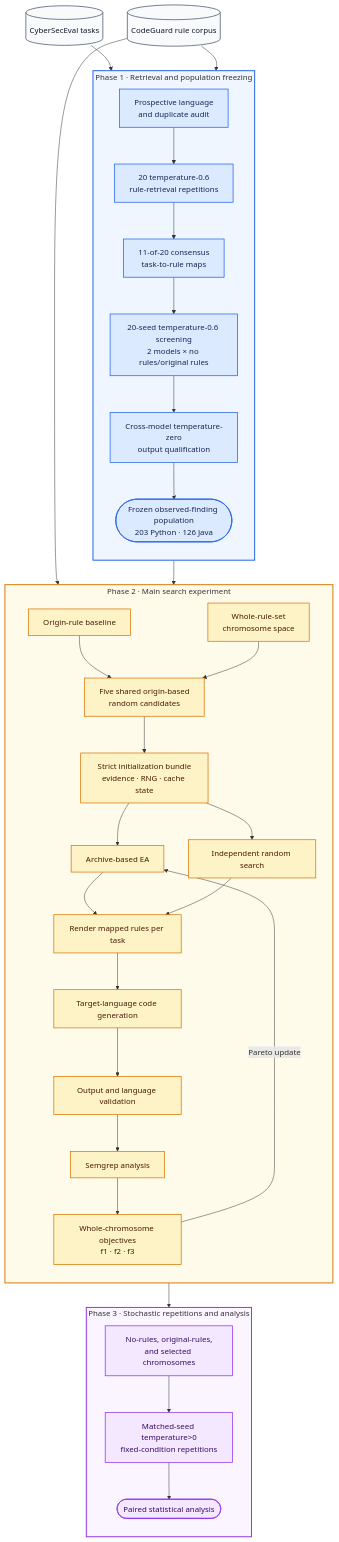
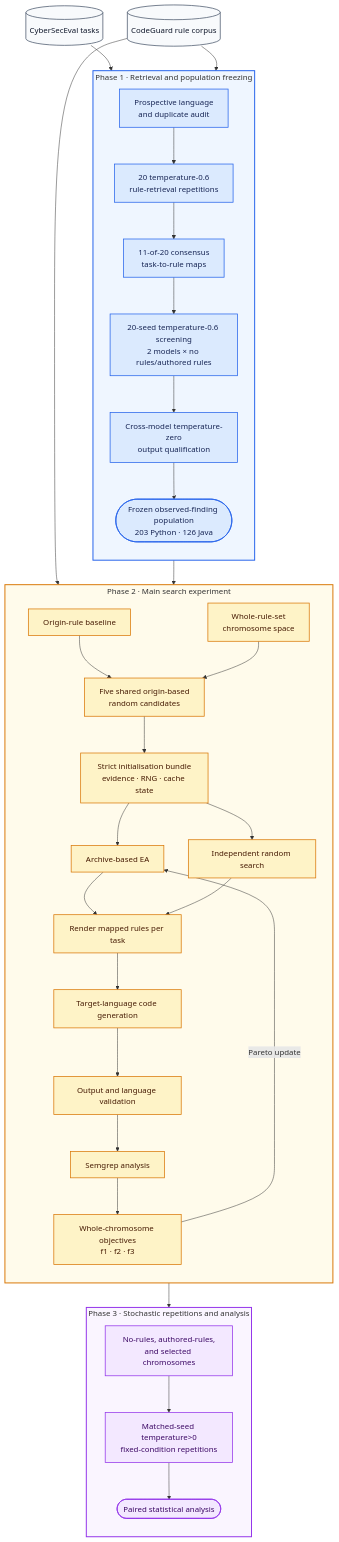
The diagram in ARCHITECTURE.md (RobertoN0/rule-mutation), drawn with Mermaid before and after one commit. The commit also changed other lines of this file and 11 other files, not shown here.

````diff
--- a/ARCHITECTURE.md
+++ b/ARCHITECTURE.md
@@ -24,73 +24,73 @@
 ```mermaid
 flowchart TD
     P[(CyberSecEval tasks)]
     R[(CodeGuard rule corpus)]
 
     subgraph PHASE1["Phase 1 · Retrieval and population freezing"]
         direction TD
         ELIG[Prospective language<br/>and duplicate audit]
         RET[20 temperature-0.6<br/>rule-retrieval repetitions]
         CONS[11-of-20 consensus<br/>task-to-rule maps]
-        SCREEN[20-seed temperature-0.6 screening<br/>2 models × no rules/original rules]
+        SCREEN[20-seed temperature-0.6 screening<br/>2 models × no rules/authored rules]
         QUAL[Cross-model temperature-zero<br/>output qualification]
         MAPS([Frozen observed-finding population<br/>203 Python · 126 Java])
 
         ELIG --> RET --> CONS --> SCREEN --> QUAL --> MAPS
     end
 
     P --> ELIG
     R --> RET
 
     subgraph PHASE2["Phase 2 · Main search experiment"]
         direction TD
         BASE[Origin-rule baseline]
         SPACE[Whole-rule-set<br/>chromosome space]
         INIT[Five shared origin-based<br/>random candidates]
-        BUNDLE[Strict initialization bundle<br/>evidence · RNG · cache state]
+        BUNDLE[Strict initialisation bundle<br/>evidence · RNG · cache state]
         EA[Archive-based EA]
         RAND[Independent random search]
         EVAL[Render mapped rules per task]
         GEN[Target-language code generation]
         OUT[Output and language validation]
         SG[Semgrep analysis]
         FIT[Whole-chromosome objectives<br/>f1 · f2 · f3]
 
         BASE --> INIT
         SPACE --> INIT
         INIT --> BUNDLE
         BUNDLE --> EA
         BUNDLE --> RAND
         EA --> EVAL
         RAND --> EVAL
         EVAL --> GEN --> OUT --> SG --> FIT
         FIT -->|Pareto update| EA
     end
 
     MAPS --> BASE
     R --> SPACE
 
     subgraph PHASE3["Phase 3 · Stochastic repetitions and analysis"]
         direction TD
-        SELECT[No-rules, original-rules,<br/>and selected chromosomes]
+        SELECT[No-rules, authored-rules,<br/>and selected chromosomes]
         REP[Matched-seed temperature>0<br/>fixed-condition repetitions]
         ANALYSIS([Paired statistical analysis])
 
         SELECT --> REP --> ANALYSIS
     end
 
     FIT --> SELECT
 
     classDef source fill:#f8fafc,stroke:#475569,color:#0f172a,stroke-width:1.5px;
     classDef phase1 fill:#dbeafe,stroke:#2563eb,color:#172554,stroke-width:1.5px;
     classDef phase2 fill:#fef3c7,stroke:#d97706,color:#451a03,stroke-width:1.5px;
     classDef phase3 fill:#f3e8ff,stroke:#9333ea,color:#3b0764,stroke-width:1.5px;
 
     class P,R source;
     class ELIG,RET,CONS,SCREEN,QUAL,MAPS phase1;
     class BASE,SPACE,INIT,BUNDLE,EA,RAND,EVAL,GEN,OUT,SG,FIT phase2;
     class SELECT,REP,ANALYSIS phase3;
 
     style PHASE1 fill:#eff6ff,stroke:#2563eb,stroke-width:2px
     style PHASE2 fill:#fffbeb,stroke:#d97706,stroke-width:2px
     style PHASE3 fill:#faf5ff,stroke:#9333ea,stroke-width:2px
 ```
````
